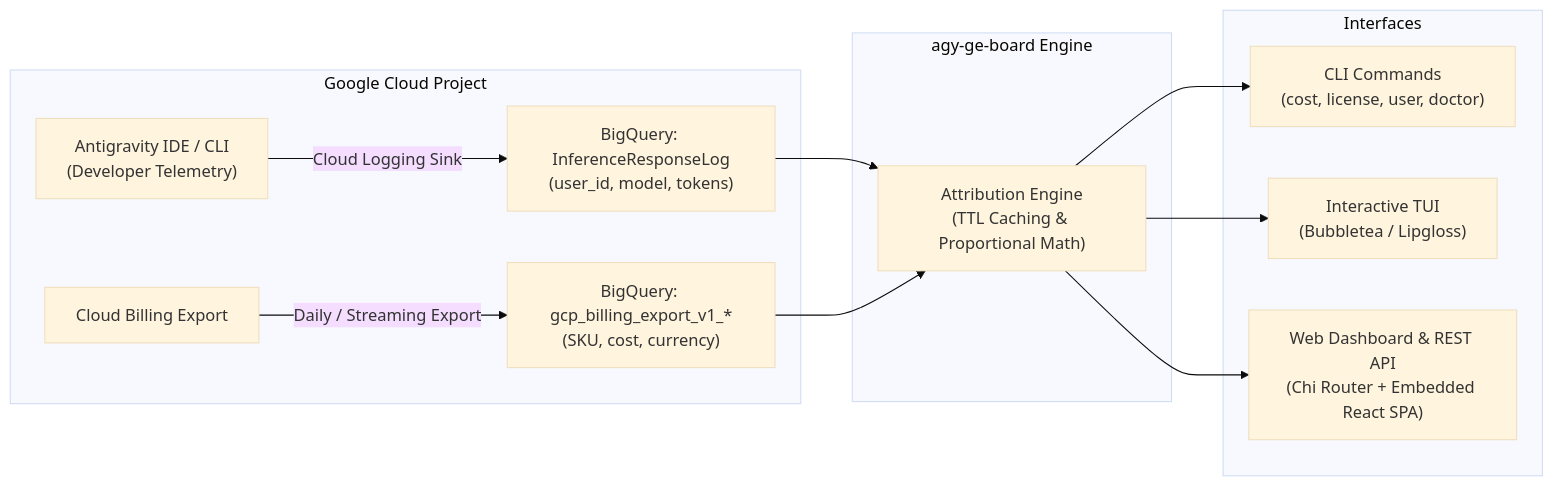
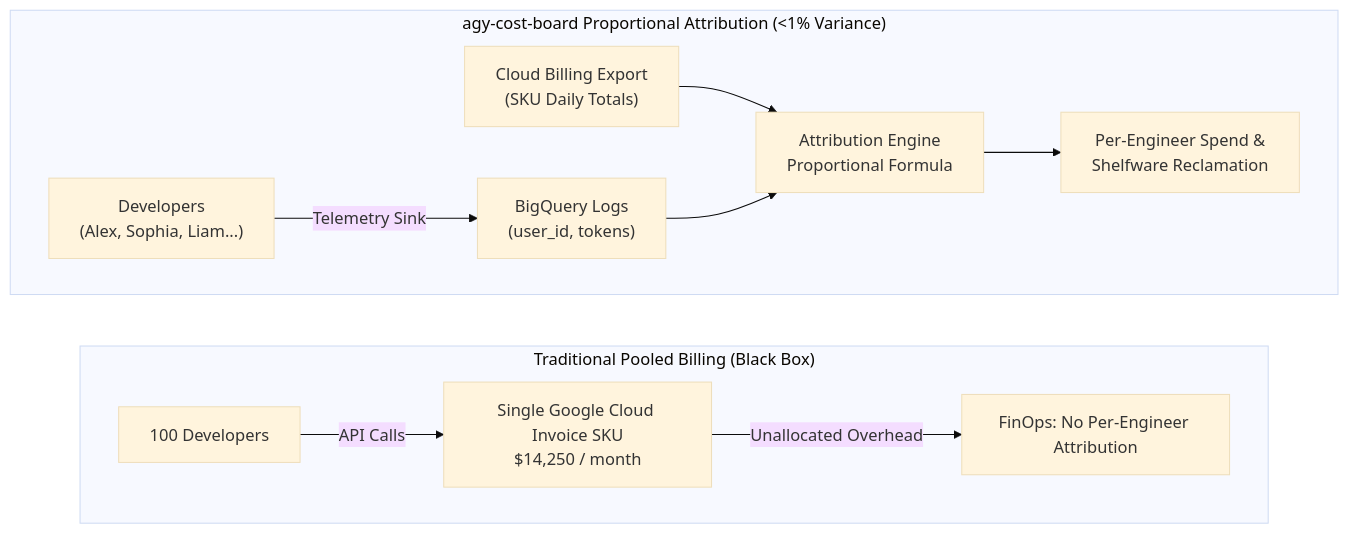
The diagram in README.md (JulienBreux/agy-cost-board), drawn with Mermaid (base theme) before and after one commit. The commit also changed other lines of this file and 62 other files, not shown here.

First line of the commit message:
feat: rename project to agy-cost-board and prepare open source release

````diff
--- a/README.md
+++ b/README.md
@@ -42,18 +25,16 @@
 ```mermaid
 flowchart LR
-    subgraph Google Cloud Project
-        AGY["Antigravity IDE / CLI\n(Developer Telemetry)"] -->|Cloud Logging Sink| BQ_Logs["BigQuery: InferenceResponseLog\n(user_id, model, tokens)"]
-        Billing["Cloud Billing Export"] -->|Daily / Streaming Export| BQ_Billing["BigQuery: gcp_billing_export_v1_*\n(SKU, cost, currency)"]
+    subgraph Traditional["Traditional Pooled Billing (Black Box)"]
+        direction LR
+        Devs1["100 Developers"] -->|"API Calls"| B1["Single Google Cloud Invoice SKU\n$14,250 / month"]
+        B1 -->|"Unallocated Overhead"| FinOps1["FinOps: No Per-Engineer Attribution"]
     end
 
-    subgraph "agy-ge-board Engine"
-        BQ_Logs --> Engine["Attribution Engine\n(TTL Caching & Proportional Math)"]
-        BQ_Billing --> Engine
-    end
-
-    subgraph Interfaces
-        Engine --> CLI["CLI Commands\n(cost, license, user, doctor)"]
-        Engine --> TUI["Interactive TUI\n(Bubbletea / Lipgloss)"]
-        Engine --> Web["Web Dashboard & REST API\n(Chi Router + Embedded React SPA)"]
+    subgraph Proportional["agy-cost-board Proportional Attribution (<1% Variance)"]
+        direction LR
+        Devs2["Developers\n(Alex, Sophia, Liam...)"] -->|"Telemetry Sink"| Logs["BigQuery Logs\n(user_id, tokens)"]
+        Billing["Cloud Billing Export\n(SKU Daily Totals)"] --> Engine["Attribution Engine\nProportional Formula"]
+        Logs --> Engine
+        Engine --> Reports["Per-Engineer Spend &\nShelfware Reclamation"]
     end
 ```
````
